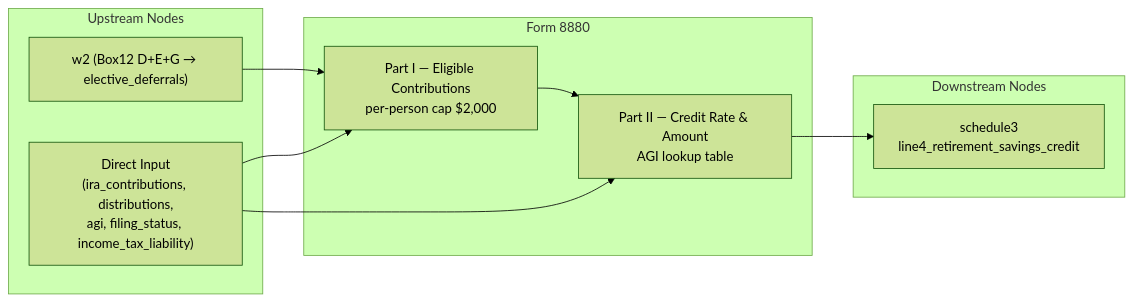
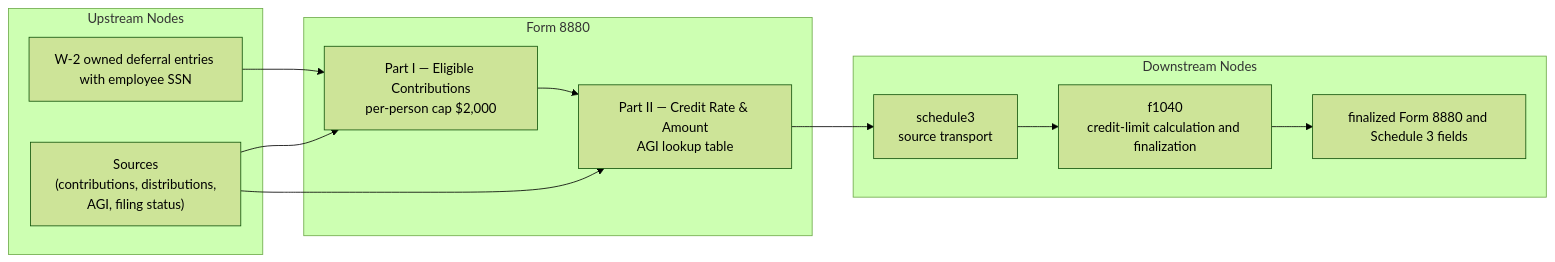
Before and after one commit to filedcom/opentax: the diagram in forms/f1040/nodes/intermediate/forms/form8880/research/context.md, drawn with Mermaid (forest theme). The commit also changed other lines of this file and 769 other files, not shown here.

Commit message:
WIP: preserve TY2025 Form 1040 filing gap work

````diff
--- a/forms/f1040/nodes/intermediate/forms/form8880/research/context.md
+++ b/forms/f1040/nodes/intermediate/forms/form8880/research/context.md
@@ -66,19 +80,23 @@
 ```mermaid
 flowchart LR
-  subgraph inputs["Upstream Nodes"]
-    W2["w2 (Box12 D+E+G → elective_deferrals)"]
-    Direct["Direct Input\n(ira_contributions, distributions,\nagi, filing_status, income_tax_liability)"]
-  end
-  subgraph form["Form 8880"]
-    PartI["Part I — Eligible Contributions\nper-person cap $2,000"]
-    PartII["Part II — Credit Rate & Amount\nAGI lookup table"]
-  end
-  subgraph outputs["Downstream Nodes"]
-    S3["schedule3\nline4_retirement_savings_credit"]
-  end
-  W2 --> PartI
-  Direct --> PartI
-  Direct --> PartII
-  PartI --> PartII
-  PartII --> S3
+subgraph inputs["Upstream Nodes"]
+W2["W-2 owned deferral entries with employee SSN"]
+Direct["Sources\n(contributions, distributions,\nAGI, filing status)"]
+end
+subgraph form["Form 8880"]
+PartI["Part I — Eligible Contributions\nper-person cap $2,000"]
+PartII["Part II — Credit Rate & Amount\nAGI lookup table"]
+end
+subgraph outputs["Downstream Nodes"]
+S3["schedule3\nsource transport"]
+F1040["f1040\ncredit-limit calculation and finalization"]
+Filed["finalized Form 8880 and Schedule 3 fields"]
+end
+W2 --> PartI
+Direct --> PartI
+Direct --> PartII
+PartI --> PartII
+PartII --> S3
+S3 --> F1040
+F1040 --> Filed
 ```
````
